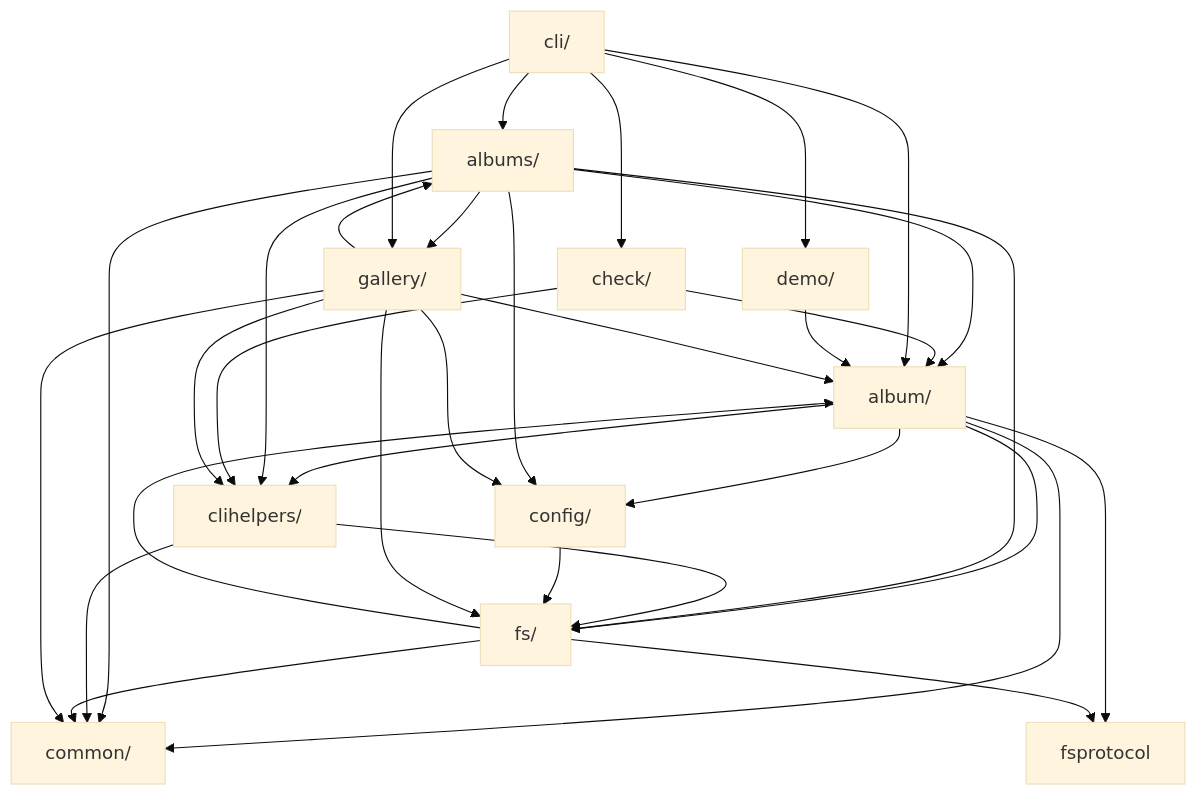
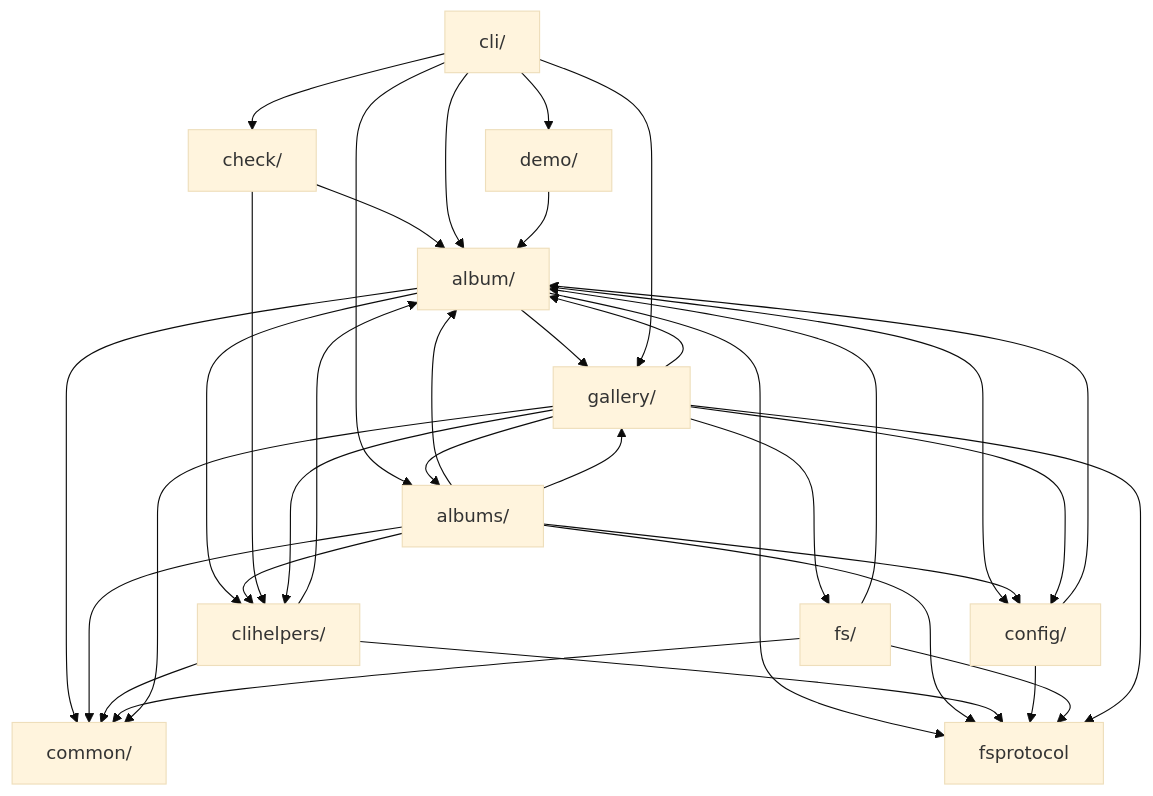
Before and after one commit to iglootools/photree: the diagram in docs/architecture.md, drawn with Mermaid (base theme). The commit also changed 76 other files, not shown here.

````diff
--- a/docs/architecture.md
+++ b/docs/architecture.md
@@ -17,46 +17,49 @@
 ```mermaid
 graph TD
     album["album/"]
     albums["albums/"]
     check["check/"]
     cli["cli/"]
     clihelpers["clihelpers/"]
     common["common/"]
     config["config/"]
     demo["demo/"]
     fs["fs/"]
     fsprotocol["fsprotocol"]
     gallery["gallery/"]
 
     album --> clihelpers
     album --> common
     album --> config
-    album --> fs
     album --> fsprotocol
+    album --> gallery
     albums --> album
     albums --> clihelpers
     albums --> common
     albums --> config
-    albums --> fs
+    albums --> fsprotocol
     albums --> gallery
     check --> album
     check --> clihelpers
     cli --> album
     cli --> albums
     cli --> check
     cli --> demo
     cli --> gallery
+    clihelpers --> album
     clihelpers --> common
-    clihelpers --> fs
-    config --> fs
+    clihelpers --> fsprotocol
+    config --> album
+    config --> fsprotocol
     demo --> album
     fs --> album
     fs --> common
     fs --> fsprotocol
     gallery --> album
     gallery --> albums
     gallery --> clihelpers
     gallery --> common
     gallery --> config
     gallery --> fs
+    gallery --> fsprotocol
 ```
````
